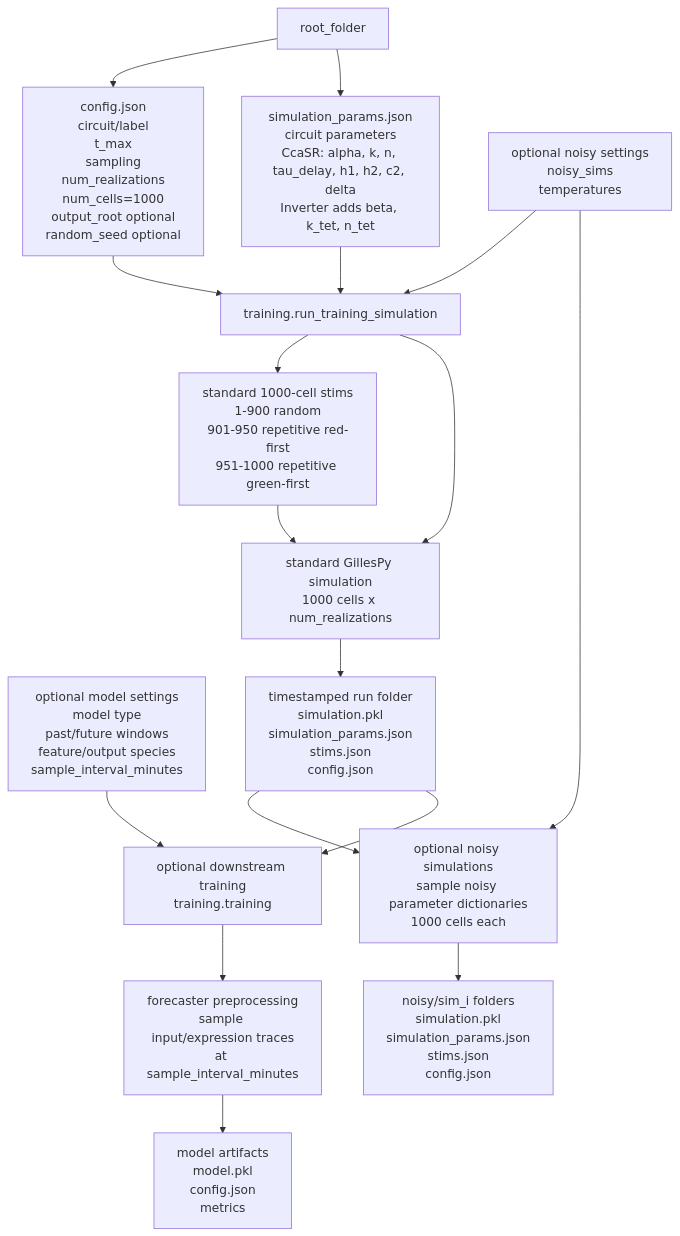
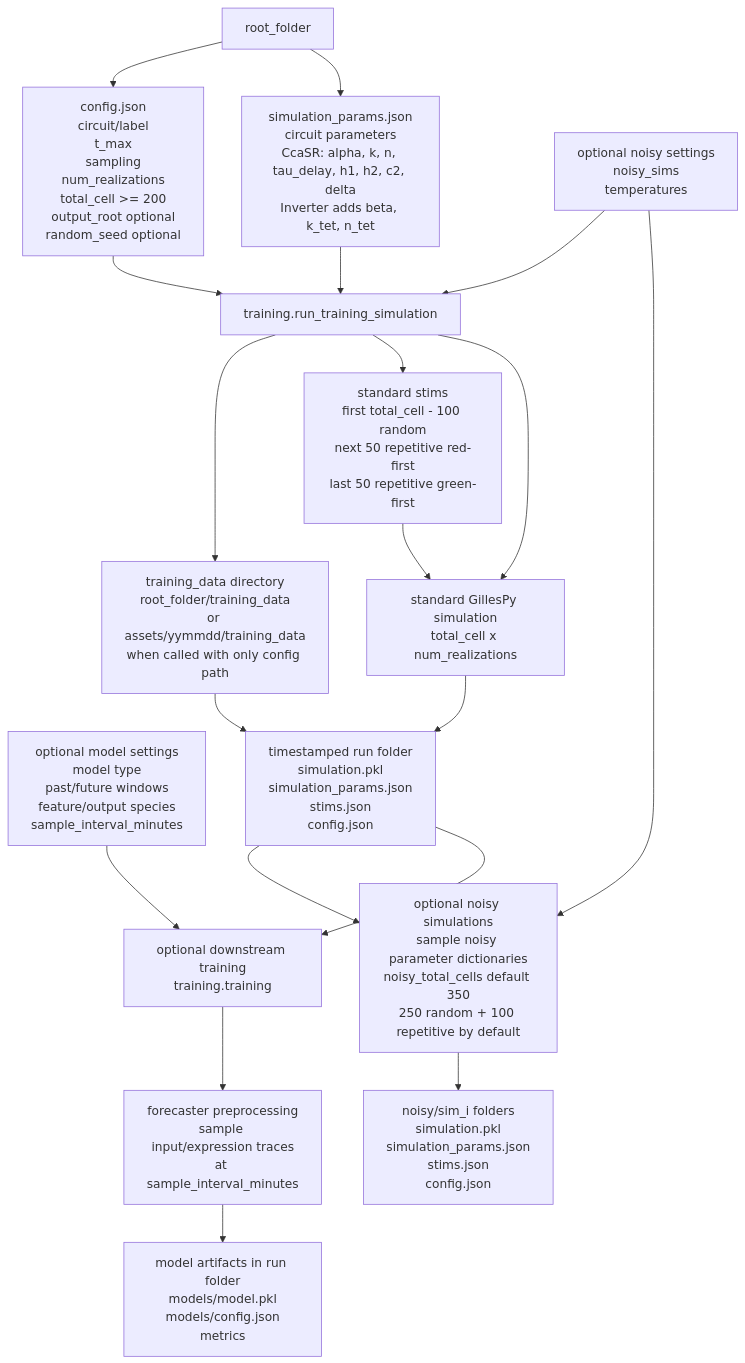
One commit to mhossein7/aisam changed the first of 4 diagrams in README.md. Above: the diagram before and after it, drawn with Mermaid. The commit also changed other lines of this file and 2 other files, not shown here.

````diff
--- a/README.md
+++ b/README.md
@@ -5,37 +5,40 @@
 ```mermaid
 graph TD
     root["root_folder"]
-    cfg["config.json<br/>circuit/label<br/>t_max<br/>sampling<br/>num_realizations<br/>num_cells=1000<br/>output_root optional<br/>random_seed optional"]
+    cfg["config.json<br/>circuit/label<br/>t_max<br/>sampling<br/>num_realizations<br/>total_cell >= 200<br/>output_root optional<br/>random_seed optional"]
     params["simulation_params.json<br/>circuit parameters<br/>CcaSR: alpha, k, n, tau_delay, h1, h2, c2, delta<br/>Inverter adds beta, k_tet, n_tet"]
     noisy_opts["optional noisy settings<br/>noisy_sims<br/>temperatures"]
     model_opts["optional model settings<br/>model type<br/>past/future windows<br/>feature/output species<br/>sample_interval_minutes"]
 
     run["training.run_training_simulation"]
-    stims["standard 1000-cell stims<br/>1-900 random<br/>901-950 repetitive red-first<br/>951-1000 repetitive green-first"]
-    sim["standard GillesPy simulation<br/>1000 cells x num_realizations"]
+    stims["standard stims<br/>first total_cell - 100 random<br/>next 50 repetitive red-first<br/>last 50 repetitive green-first"]
+    sim["standard GillesPy simulation<br/>total_cell x num_realizations"]
+    out["training_data directory<br/>root_folder/training_data<br/>or assets/yymmdd/training_data<br/>when called with only config path"]
     saved["timestamped run folder<br/>simulation.pkl<br/>simulation_params.json<br/>stims.json<br/>config.json"]
 
-    noisy["optional noisy simulations<br/>sample noisy parameter dictionaries<br/>1000 cells each"]
+    noisy["optional noisy simulations<br/>sample noisy parameter dictionaries<br/>noisy_total_cells default 350<br/>250 random + 100 repetitive by default"]
     noisy_saved["noisy/sim_i folders<br/>simulation.pkl<br/>simulation_params.json<br/>stims.json<br/>config.json"]
 
     train["optional downstream training<br/>training.training"]
     preprocess["forecaster preprocessing<br/>sample input/expression traces<br/>at sample_interval_minutes"]
-    model["model artifacts<br/>model.pkl<br/>config.json<br/>metrics"]
+    model["model artifacts in run folder<br/>models/model.pkl<br/>models/config.json<br/>metrics"]
 
     root --> cfg
     root --> params
     cfg --> run
     params --> run
     noisy_opts --> run
+    run --> out
     run --> stims
     stims --> sim
     run --> sim
+    out --> saved
     sim --> saved
     noisy_opts --> noisy
     saved --> noisy
     noisy --> noisy_saved
     model_opts --> train
     saved --> train
     train --> preprocess
     preprocess --> model
 ```
````
